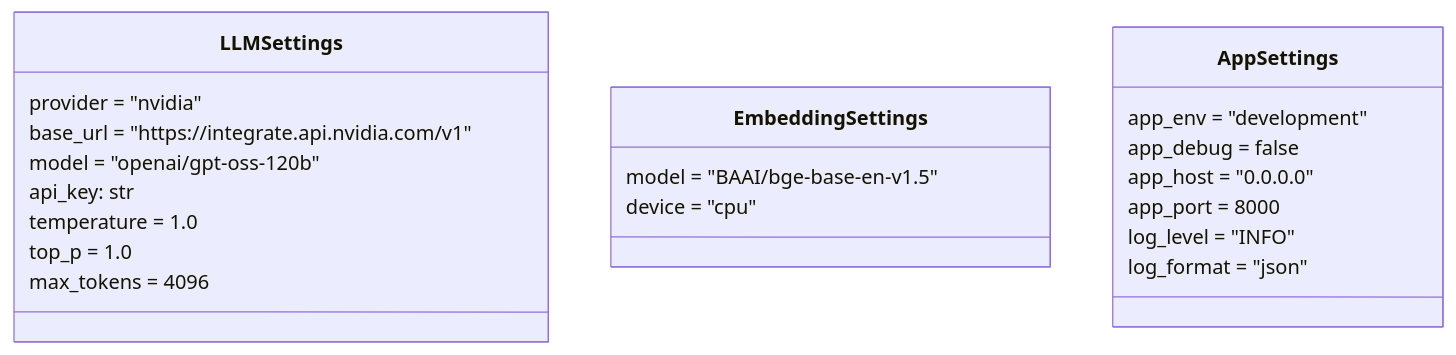
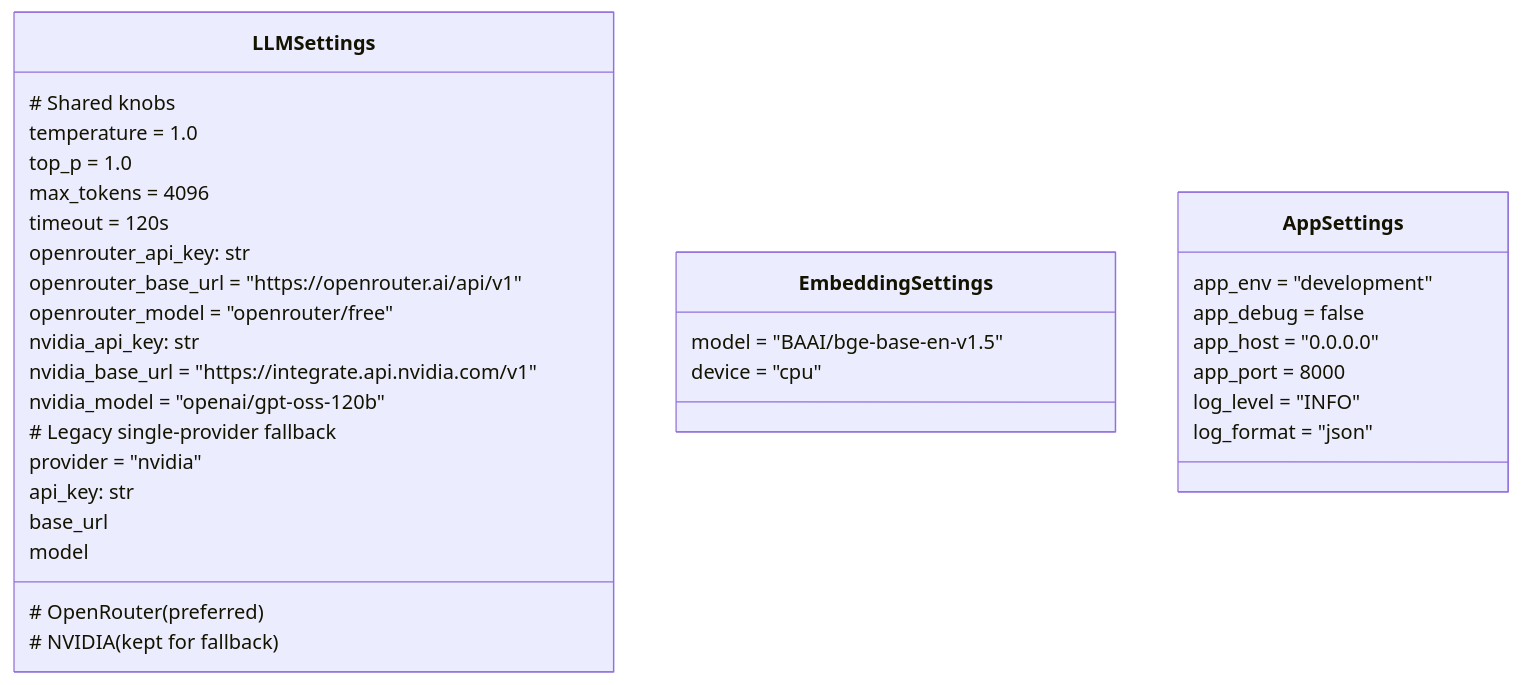
Before and after one commit to obeidallahnouicer/resumeoptimiser: the seventh of 7 diagrams in README.md, drawn with Mermaid. The commit also changed other lines of this file, not shown here.

Commit message:
feat(configuration): add support for LLM provider rotation and update API key requirements

````diff
--- a/README.md
+++ b/README.md
@@ -548,24 +548,38 @@
 ```mermaid
 classDiagram
     class LLMSettings {
-        provider = "nvidia"
-        base_url = "https://integrate.api.nvidia.com/v1"
-        model = "openai/gpt-oss-120b"
-        api_key: str
+        # Shared knobs
         temperature = 1.0
         top_p = 1.0
         max_tokens = 4096
+        timeout = 120s
+
+        # OpenRouter (preferred)
+        openrouter_api_key: str
+        openrouter_base_url = "https://openrouter.ai/api/v1"
+        openrouter_model = "openrouter/free"
+
+        # NVIDIA (kept for fallback)
+        nvidia_api_key: str
+        nvidia_base_url = "https://integrate.api.nvidia.com/v1"
+        nvidia_model = "openai/gpt-oss-120b"
+
+        # Legacy single-provider fallback
+        provider = "nvidia"
+        api_key: str
+        base_url
+        model
     }
     class EmbeddingSettings {
         model = "BAAI/bge-base-en-v1.5"
         device = "cpu"
     }
     class AppSettings {
         app_env = "development"
         app_debug = false
         app_host = "0.0.0.0"
         app_port = 8000
         log_level = "INFO"
         log_format = "json"
     }
 ```
````
